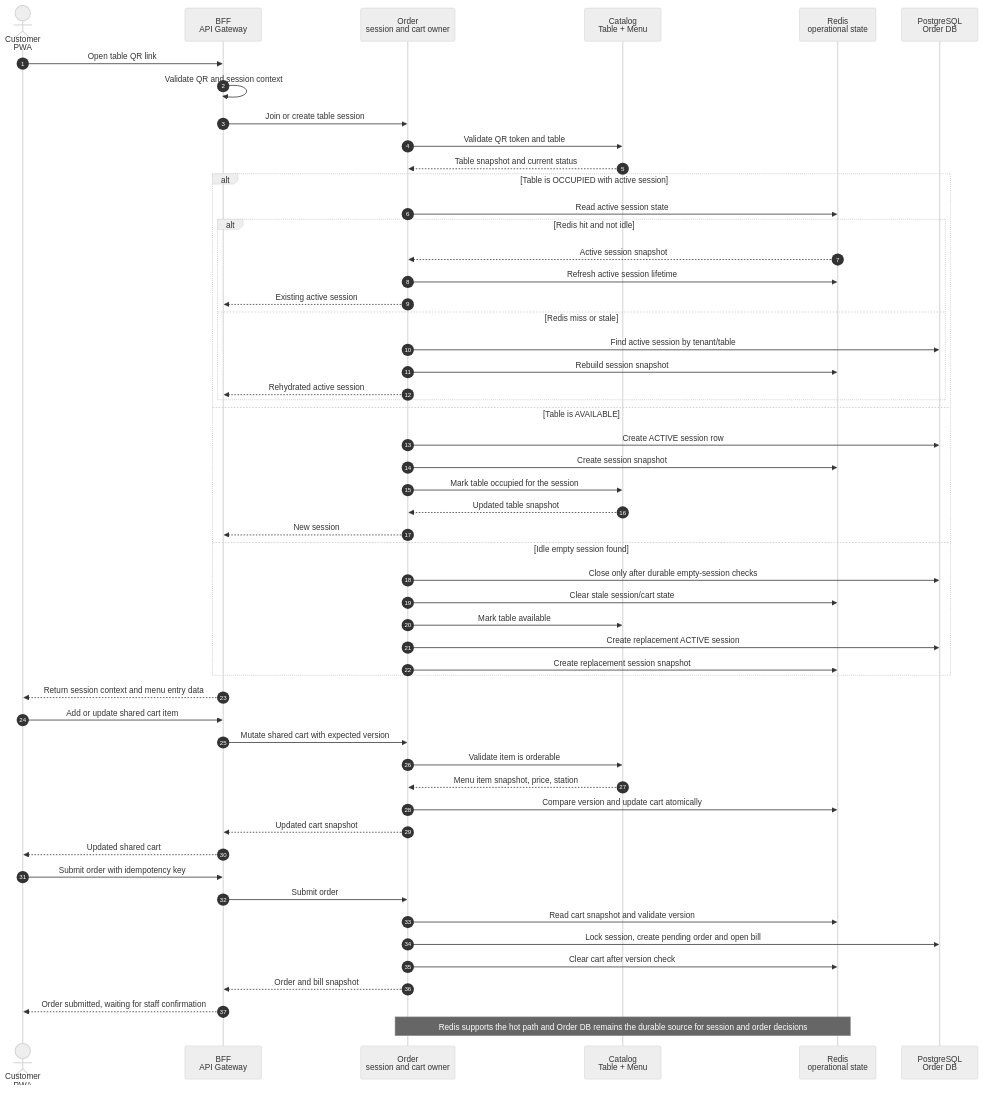
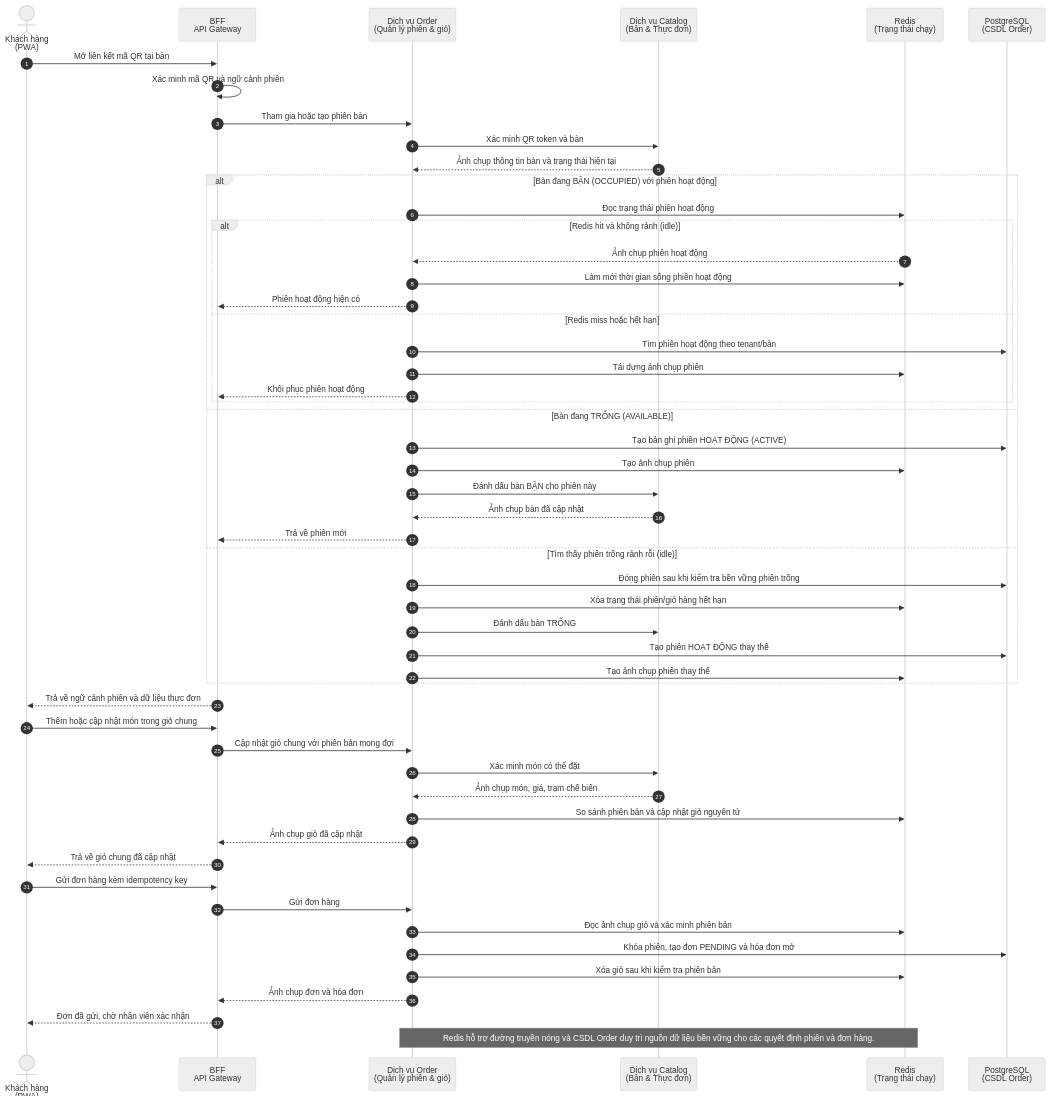
One commit to quan-vo-dinh/saas-pos-microservices-qrtable changed the diagram in docs/graduation-thesis-resources/thesis-report/assets/diagrams/chapter5-qr-ordering-session.mmd. Above: the diagram before and after it, drawn with Mermaid (neutral theme). The commit also changed other lines of this file and 98 other files, not shown here.

```diff
--- a/docs/graduation-thesis-resources/thesis-report/assets/diagrams/chapter5-qr-ordering-session.mmd
+++ b/docs/graduation-thesis-resources/thesis-report/assets/diagrams/chapter5-qr-ordering-session.mmd
@@ -1,58 +1,58 @@
 sequenceDiagram
   autonumber
-  actor Customer as Customer<br/>PWA
+  actor Customer as Khách hàng<br/>(PWA)
   participant BFF as BFF<br/>API Gateway
-  participant Order as Order<br/>session and cart owner
-  participant Catalog as Catalog<br/>Table + Menu
-  participant Redis as Redis<br/>operational state
-  participant ODB as PostgreSQL<br/>Order DB
+  participant Order as Dịch vụ Order<br/>(Quản lý phiên & giỏ)
+  participant Catalog as Dịch vụ Catalog<br/>(Bàn & Thực đơn)
+  participant Redis as Redis<br/>(Trạng thái chạy)
+  participant ODB as PostgreSQL<br/>(CSDL Order)
 
-  Customer->>BFF: Open table QR link
-  BFF->>BFF: Validate QR and session context
-  BFF->>Order: Join or create table session
-  Order->>Catalog: Validate QR token and table
-  Catalog-->>Order: Table snapshot and current status
+  Customer->>BFF: Mở liên kết mã QR tại bàn
+  BFF->>BFF: Xác minh mã QR và ngữ cảnh phiên
+  BFF->>Order: Tham gia hoặc tạo phiên bàn
+  Order->>Catalog: Xác minh QR token và bàn
+  Catalog-->>Order: Ảnh chụp thông tin bàn và trạng thái hiện tại
 
-  alt Table is OCCUPIED with active session
-    Order->>Redis: Read active session state
-    alt Redis hit and not idle
-      Redis-->>Order: Active session snapshot
-      Order->>Redis: Refresh active session lifetime
-      Order-->>BFF: Existing active session
-    else Redis miss or stale
-      Order->>ODB: Find active session by tenant/table
-      Order->>Redis: Rebuild session snapshot
-      Order-->>BFF: Rehydrated active session
+  alt Bàn đang BẬN (OCCUPIED) với phiên hoạt động
+    Order->>Redis: Đọc trạng thái phiên hoạt động
+    alt Redis hit và không rảnh (idle)
+      Redis-->>Order: Ảnh chụp phiên hoạt động
+      Order->>Redis: Làm mới thời gian sống phiên hoạt động
+      Order-->>BFF: Phiên hoạt động hiện có
+    else Redis miss hoặc hết hạn
+      Order->>ODB: Tìm phiên hoạt động theo tenant/bàn
+      Order->>Redis: Tái dựng ảnh chụp phiên
+      Order-->>BFF: Khôi phục phiên hoạt động
     end
-  else Table is AVAILABLE
-    Order->>ODB: Create ACTIVE session row
-    Order->>Redis: Create session snapshot
-    Order->>Catalog: Mark table occupied for the session
-    Catalog-->>Order: Updated table snapshot
-    Order-->>BFF: New session
-  else Idle empty session found
-    Order->>ODB: Close only after durable empty-session checks
-    Order->>Redis: Clear stale session/cart state
-    Order->>Catalog: Mark table available
-    Order->>ODB: Create replacement ACTIVE session
-    Order->>Redis: Create replacement session snapshot
+  else Bàn đang TRỐNG (AVAILABLE)
+    Order->>ODB: Tạo bản ghi phiên HOẠT ĐỘNG (ACTIVE)
+    Order->>Redis: Tạo ảnh chụp phiên
+    Order->>Catalog: Đánh dấu bàn BẬN cho phiên này
+    Catalog-->>Order: Ảnh chụp bàn đã cập nhật
+    Order-->>BFF: Trả về phiên mới
+  else Tìm thấy phiên trống rảnh rỗi (idle)
+    Order->>ODB: Đóng phiên sau khi kiểm tra bền vững phiên trống
+    Order->>Redis: Xóa trạng thái phiên/giỏ hàng hết hạn
+    Order->>Catalog: Đánh dấu bàn TRỐNG
+    Order->>ODB: Tạo phiên HOẠT ĐỘNG thay thế
+    Order->>Redis: Tạo ảnh chụp phiên thay thế
   end
 
-  BFF-->>Customer: Return session context and menu entry data
-  Customer->>BFF: Add or update shared cart item
-  BFF->>Order: Mutate shared cart with expected version
-  Order->>Catalog: Validate item is orderable
-  Catalog-->>Order: Menu item snapshot, price, station
-  Order->>Redis: Compare version and update cart atomically
-  Order-->>BFF: Updated cart snapshot
-  BFF-->>Customer: Updated shared cart
+  BFF-->>Customer: Trả về ngữ cảnh phiên và dữ liệu thực đơn
+  Customer->>BFF: Thêm hoặc cập nhật món trong giỏ chung
+  BFF->>Order: Cập nhật giỏ chung với phiên bản mong đợi
+  Order->>Catalog: Xác minh món có thể đặt
+  Catalog-->>Order: Ảnh chụp món, giá, trạm chế biến
+  Order->>Redis: So sánh phiên bản và cập nhật giỏ nguyên tử
+  Order-->>BFF: Ảnh chụp giỏ đã cập nhật
+  BFF-->>Customer: Trả về giỏ chung đã cập nhật
 
-  Customer->>BFF: Submit order with idempotency key
-  BFF->>Order: Submit order
-  Order->>Redis: Read cart snapshot and validate version
-  Order->>ODB: Lock session, create pending order and open bill
-  Order->>Redis: Clear cart after version check
-  Order-->>BFF: Order and bill snapshot
-  BFF-->>Customer: Order submitted, waiting for staff confirmation
+  Customer->>BFF: Gửi đơn hàng kèm idempotency key
+  BFF->>Order: Gửi đơn hàng
+  Order->>Redis: Đọc ảnh chụp giỏ và xác minh phiên bản
+  Order->>ODB: Khóa phiên, tạo đơn PENDING và hóa đơn mở
+  Order->>Redis: Xóa giỏ sau khi kiểm tra phiên bản
+  Order-->>BFF: Ảnh chụp đơn và hóa đơn
+  BFF-->>Customer: Đơn đã gửi, chờ nhân viên xác nhận
 
-  Note over Order,Redis: Redis supports the hot path and Order DB remains the durable source for session and order decisions
+  Note over Order,Redis: Redis hỗ trợ đường truyền nóng và CSDL Order duy trì nguồn dữ liệu bền vững cho các quyết định phiên và đơn hàng.
```
